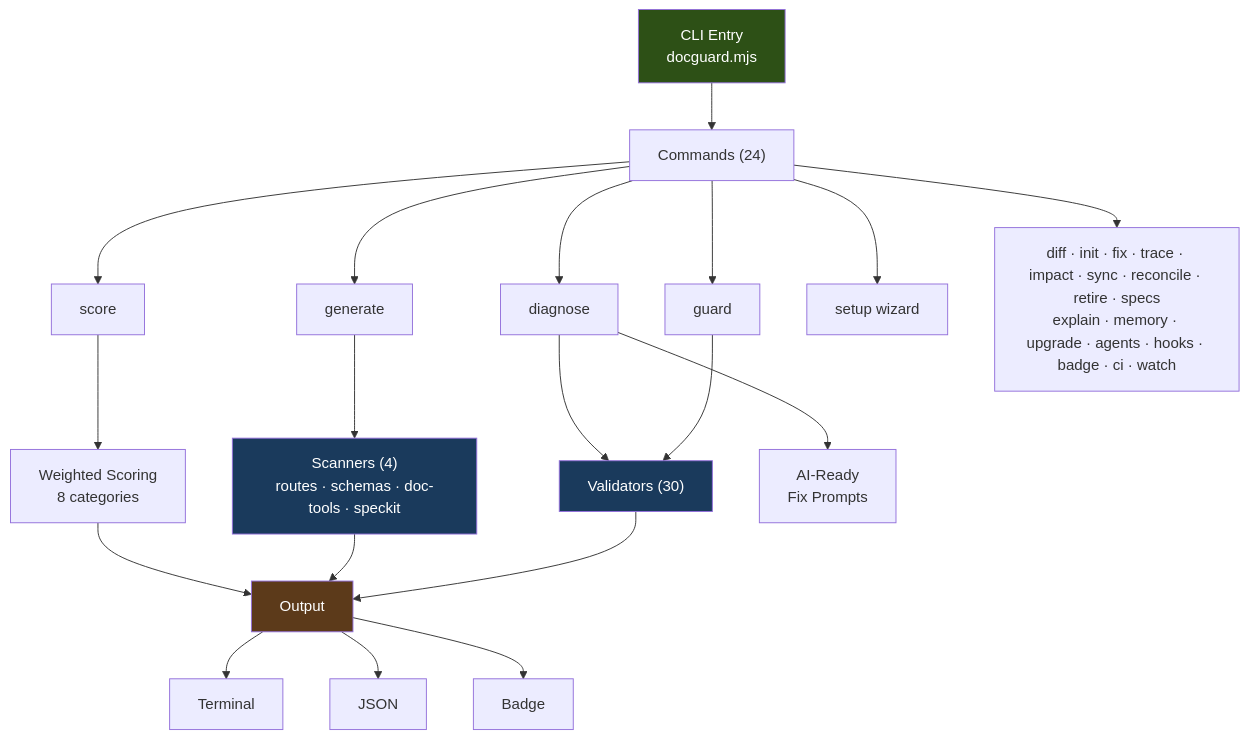
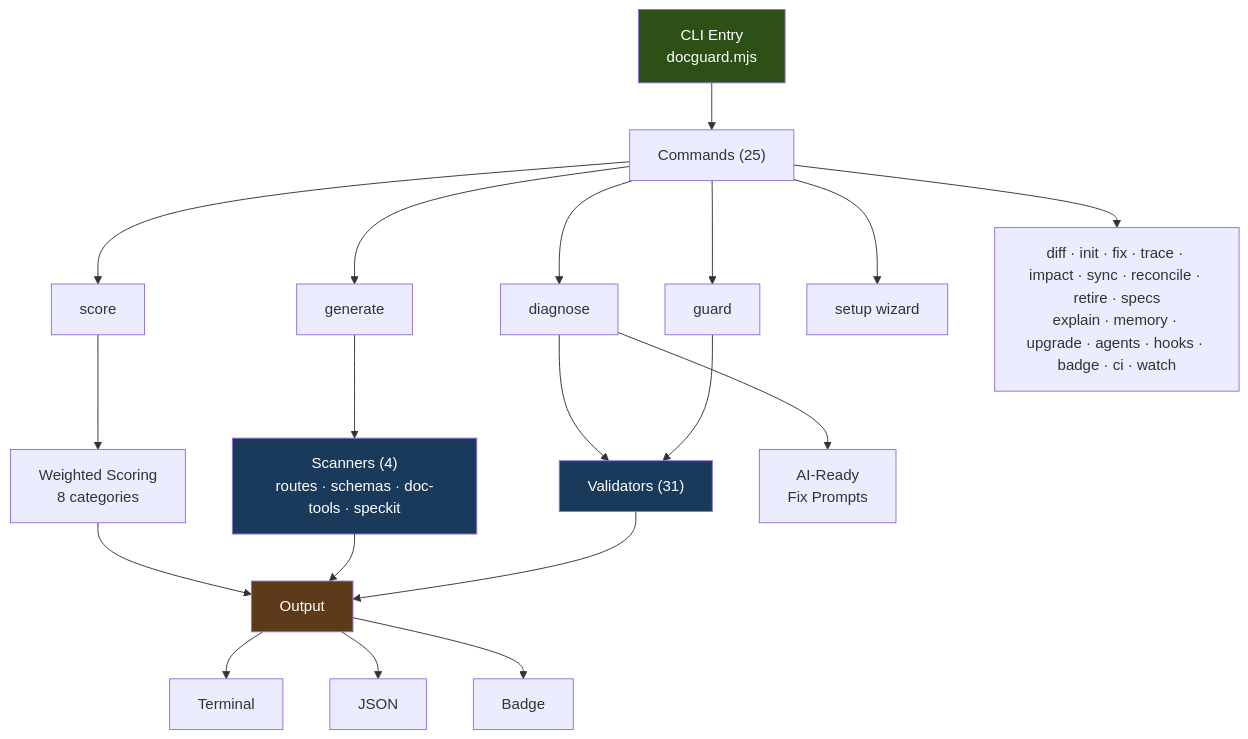
The diagram in README.md (raccioly/docguard), drawn with Mermaid before and after one commit. The commit also changed other lines of this file and 26 other files, not shown here.

````diff
--- a/README.md
+++ b/README.md
@@ -71,28 +71,28 @@
 ```mermaid
 graph TD
-    CLI["CLI Entry<br/>docguard.mjs"] --> Commands["Commands (24)"]
+    CLI["CLI Entry<br/>docguard.mjs"] --> Commands["Commands (25)"]
     Commands --> guard["guard"]
     Commands --> generate["generate"]
     Commands --> score["score"]
     Commands --> diagnose["diagnose"]
     Commands --> setup["setup wizard"]
     Commands --> other["diff · init · fix · trace · impact · sync · reconcile · retire · specs<br/>explain · memory · upgrade · agents · hooks · badge · ci · watch"]
 
-    guard --> Validators["Validators (30)"]
+    guard --> Validators["Validators (31)"]
     generate --> Scanners["Scanners (4)<br/>routes · schemas · doc-tools · speckit"]
     score --> Scoring["Weighted Scoring<br/>8 categories"]
     diagnose --> Validators
     diagnose --> AIPrompts["AI-Ready<br/>Fix Prompts"]
 
     Validators --> Output["Output"]
     Scanners --> Output
     Scoring --> Output
     Output --> Terminal["Terminal"]
     Output --> JSON["JSON"]
     Output --> Badge["Badge"]
 
     style CLI fill:#2d5016,color:#fff
     style Validators fill:#1a3a5c,color:#fff
     style Scanners fill:#1a3a5c,color:#fff
     style Output fill:#5c3a1a,color:#fff
 ```
````
